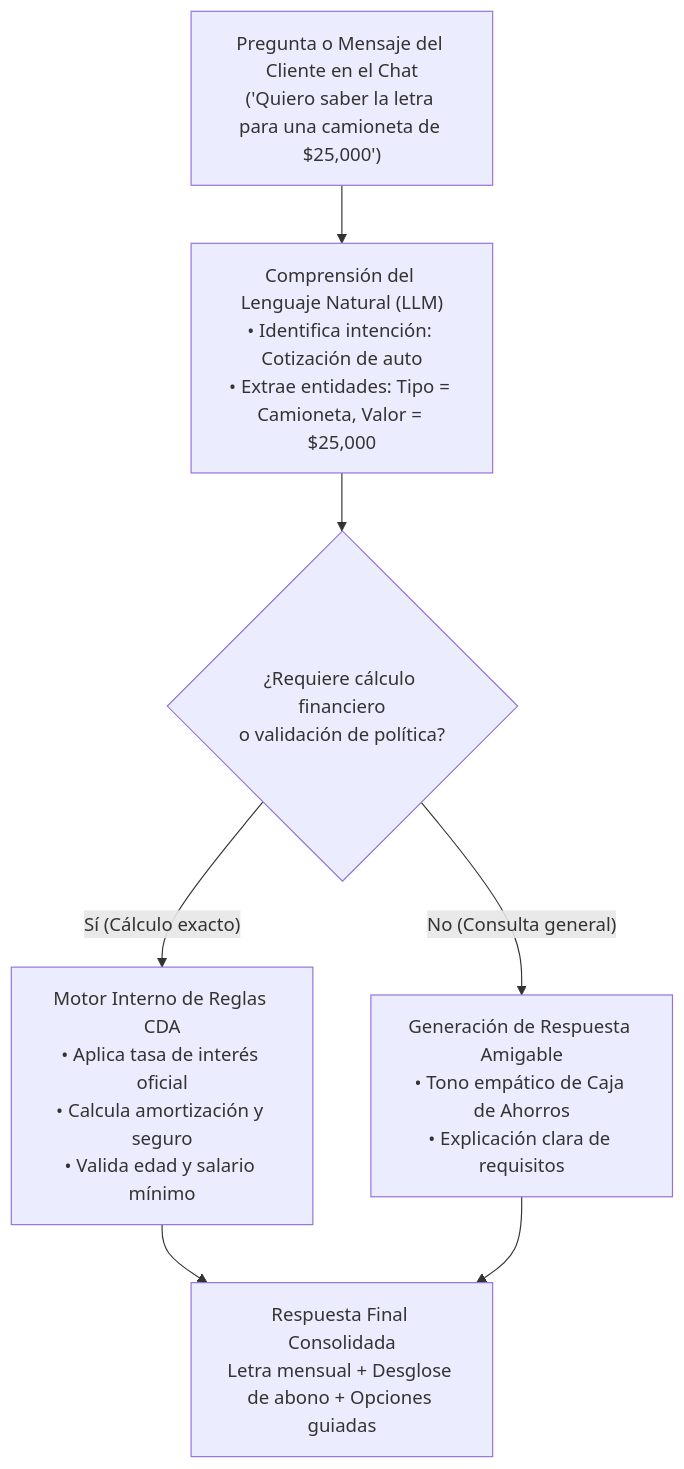
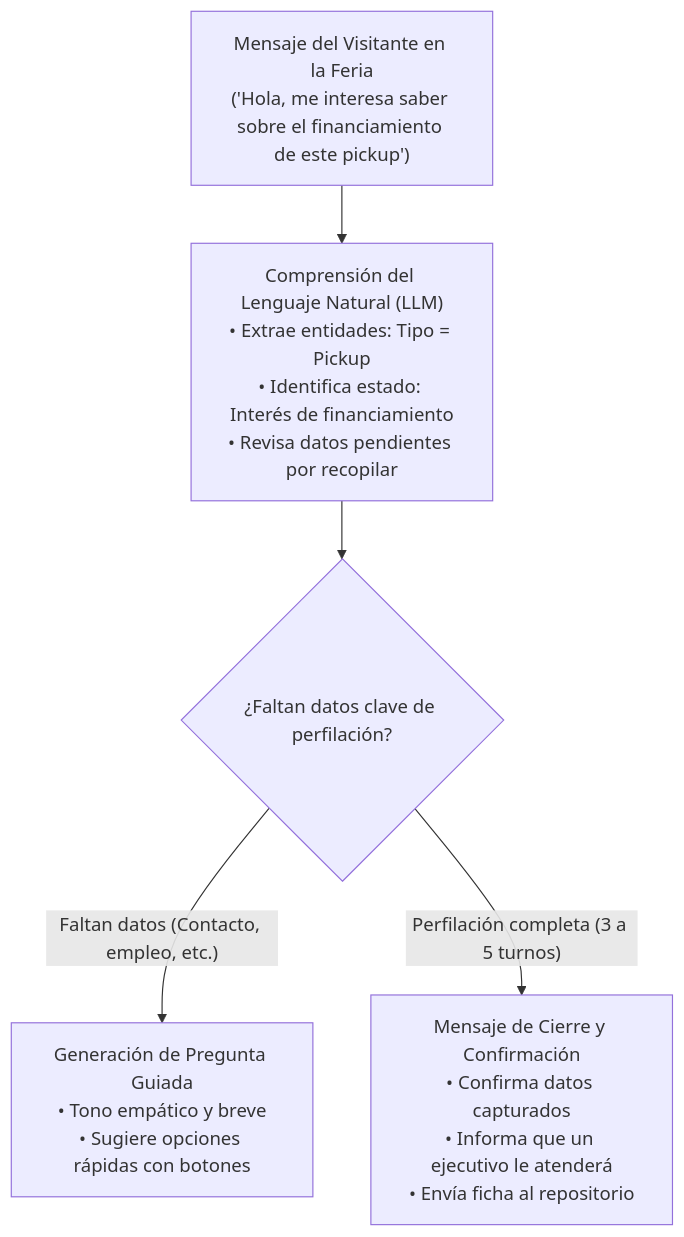
The third of 5 diagrams in innovation-cda/design/diseno-arquitectura-asesor-feria-autos.md (RBlasser/cda-celulas), drawn with Mermaid before and after one commit. The commit also changed other lines of this file and 2 other files, not shown here.

Commit message:
docs: actualizar arquitecturas con metricas sqlite, mitigacion riesgos operativos y evolucion qr autos

````diff
--- a/innovation-cda/design/diseno-arquitectura-asesor-feria-autos.md
+++ b/innovation-cda/design/diseno-arquitectura-asesor-feria-autos.md
@@ -141,13 +154,10 @@
 ```mermaid
 flowchart TD
-    QUERY["Pregunta o Mensaje del Cliente en el Chat<br>('Quiero saber la letra para una camioneta de $25,000')"] --> NLU["Comprensión del Lenguaje Natural (LLM)<br>• Identifica intención: Cotización de auto<br>• Extrae entidades: Tipo = Camioneta, Valor = $25,000"]
+    INBOUND["Mensaje del Visitante en la Feria<br>('Hola, me interesa saber sobre el financiamiento de este pickup')"] --> NLU["Comprensión del Lenguaje Natural (LLM)<br>• Extrae entidades: Tipo = Pickup<br>• Identifica estado: Interés de financiamiento<br>• Revisa datos pendientes por recopilar"]
     
-    NLU --> LOGIC{"¿Requiere cálculo financiero<br>o validación de política?"}
+    NLU --> CHECK{"¿Faltan datos clave de perfilación?"}
     
-    LOGIC -->|"Sí (Cálculo exacto)"| FORMULA["Motor Interno de Reglas CDA<br>• Aplica tasa de interés oficial<br>• Calcula amortización y seguro<br>• Valida edad y salario mínimo"]
+    CHECK -->|"Faltan datos (Contacto, empleo, etc.)"| PROMPT["Generación de Pregunta Guiada<br>• Tono empático y breve<br>• Sugiere opciones rápidas con botones"]
     
-    LOGIC -->|"No (Consulta general)"| RESP["Generación de Respuesta Amigable<br>• Tono empático de Caja de Ahorros<br>• Explicación clara de requisitos"]
-    
-    FORMULA --> MERGE["Respuesta Final Consolidada<br>Letra mensual + Desglose de abono + Opciones guiadas"]
-    RESP --> MERGE
+    CHECK -->|"Perfilación completa (3 a 5 turnos)"| CONFIRM["Mensaje de Cierre y Confirmación<br>• Confirma datos capturados<br>• Informa que un ejecutivo le atenderá<br>• Envía ficha al repositorio"]
 ```
````
